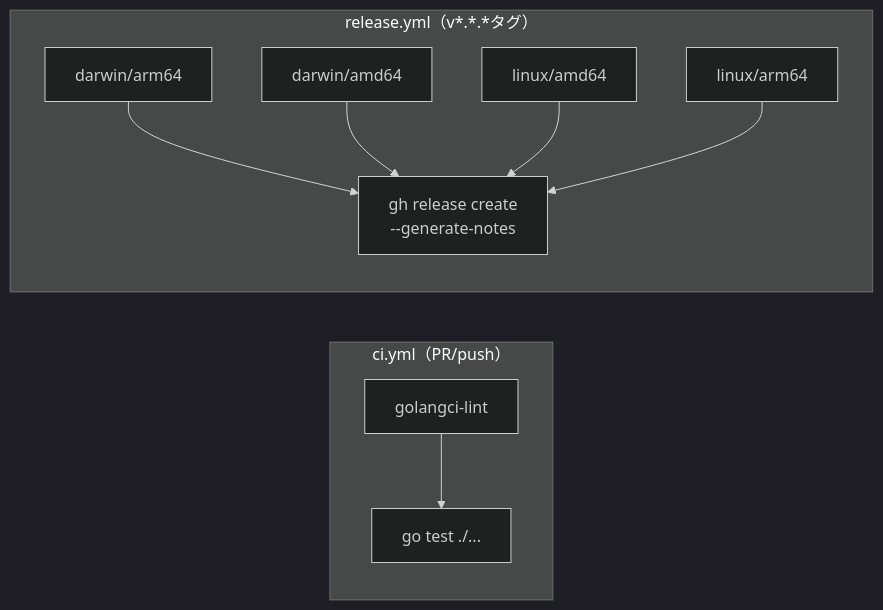
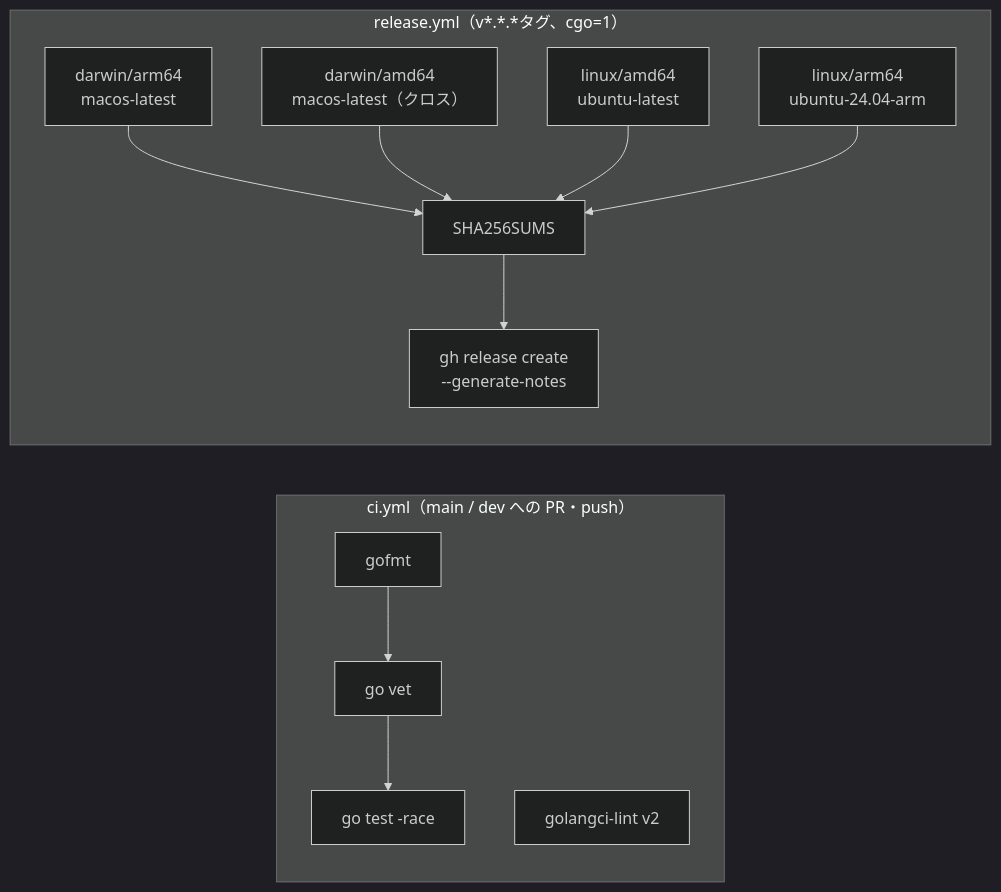
One commit to cyokozai/kagelife changed the diagram in docs/dev-process.md. Above: the diagram before and after it, drawn with Mermaid (dark theme). The commit also changed other lines of this file and 6 other files, not shown here.

````diff
--- a/docs/dev-process.md
+++ b/docs/dev-process.md
@@ -97,13 +115,15 @@
 ```mermaid
 flowchart LR
-    subgraph "ci.yml（PR/push）"
-        L["golangci-lint"] --> T["go test ./..."]
+    subgraph "ci.yml（main / dev への PR・push）"
+        F["gofmt"] --> V["go vet"] --> T["go test -race"]
+        L["golangci-lint v2"]
     end
 
-    subgraph "release.yml（v*.*.*タグ）"
-        B1["darwin/arm64"] --> R["gh release create\n--generate-notes"]
-        B2["darwin/amd64"] --> R
-        B3["linux/amd64"] --> R
-        B4["linux/arm64"] --> R
+    subgraph "release.yml（v*.*.*タグ、cgo=1）"
+        B1["darwin/arm64\nmacos-latest"] --> S["SHA256SUMS"]
+        B2["darwin/amd64\nmacos-latest（クロス）"] --> S
+        B3["linux/amd64\nubuntu-latest"] --> S
+        B4["linux/arm64\nubuntu-24.04-arm"] --> S
+        S --> R["gh release create\n--generate-notes"]
     end
 ```
````
